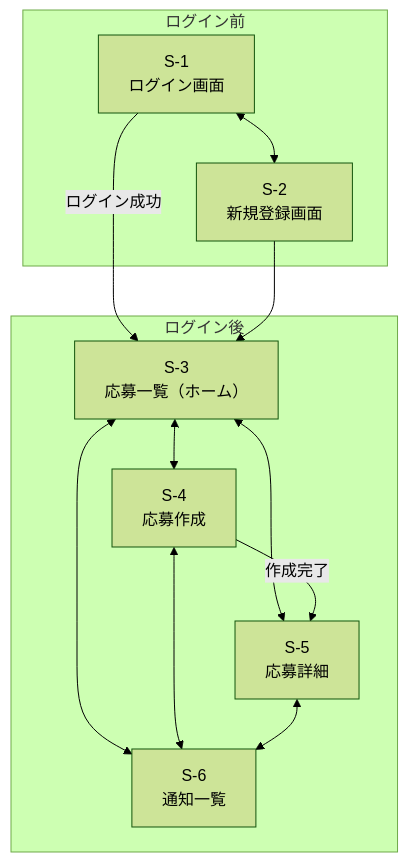
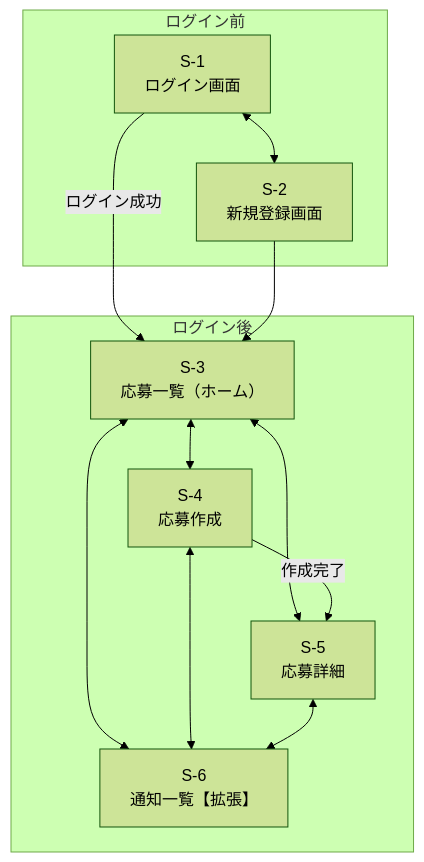
One commit to tnakamura0/team-development-matching changed the diagram in docs/screens.md. Above: the diagram before and after it, drawn with Mermaid (forest theme). The commit also changed other lines of this file and 1 other file, not shown here.

Commit message:
refactor: 通知機能Todoをheaderに紐づけ、docsを更新 (#101)

````diff
--- a/docs/screens.md
+++ b/docs/screens.md
@@ -15,24 +15,24 @@
 ```mermaid
 flowchart TD
     subgraph before["ログイン前"]
         A["S-1<br>ログイン画面"]
         B["S-2<br>新規登録画面"]
     end
 
     subgraph after["ログイン後"]
         C["S-3<br>応募一覧（ホーム）"]
         D["S-4<br>応募作成"]
         E["S-5<br>応募詳細"]
-        F["S-6<br>通知一覧"]
+        F["S-6<br>通知一覧【拡張】"]
     end
 
     A -->|ログイン成功| C
     A <--> B
     B --> C
     C <--> D
     C <--> E
     C <--> F
     D --> |作成完了| E
     D <--> F
     E <--> F
 ```
````
